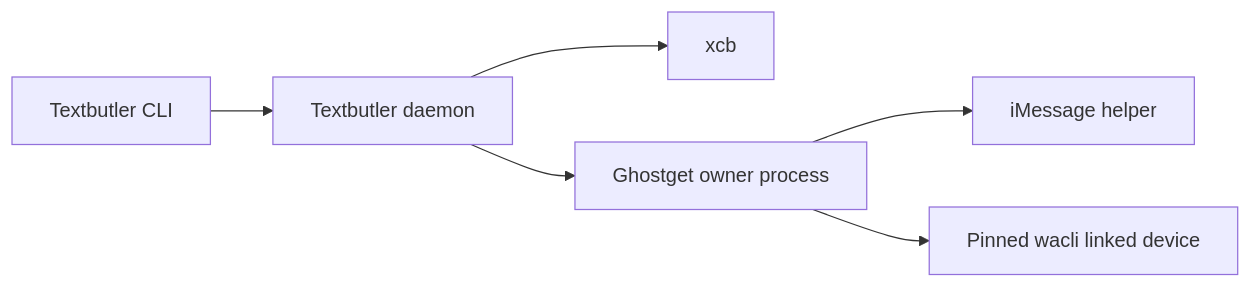
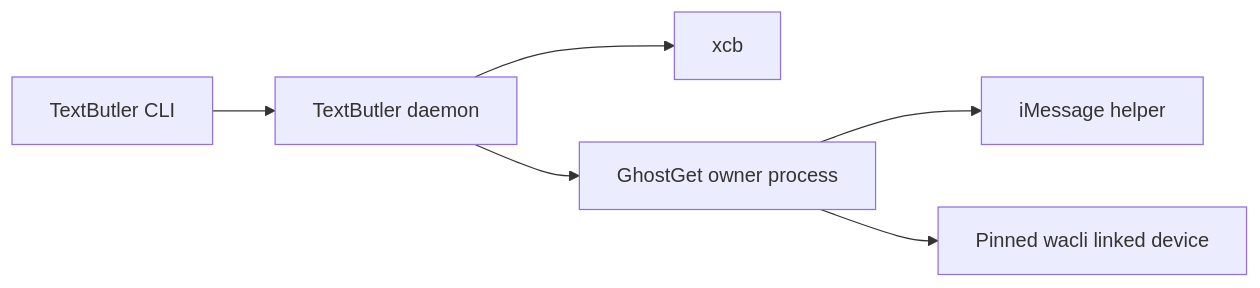
One commit to hraness/message-like-me changed the diagram in docs/textbutler/whatsapp.md. Above: the diagram before and after it, drawn with Mermaid. The commit also changed other lines of this file and 111 other files, not shown here.

First line of the commit message:
Spell the product TextButler and sibling names on public surfaces (#263)

````diff
--- a/docs/textbutler/whatsapp.md
+++ b/docs/textbutler/whatsapp.md
@@ -8,8 +8,8 @@
 ```mermaid
 flowchart LR
-  Cli[Textbutler CLI] --> Butler[Textbutler daemon]
+  Cli[TextButler CLI] --> Butler[TextButler daemon]
   Butler --> Xcb[xcb]
-  Butler --> Ghostget[Ghostget owner process]
-  Ghostget --> Messages[iMessage helper]
-  Ghostget --> WhatsApp[Pinned wacli linked device]
+  Butler --> GhostGet[GhostGet owner process]
+  GhostGet --> Messages[iMessage helper]
+  GhostGet --> WhatsApp[Pinned wacli linked device]
 ```
````
